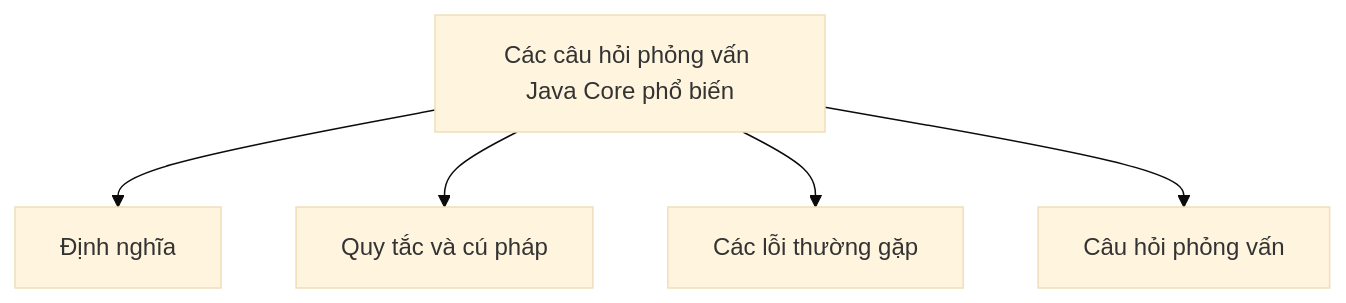
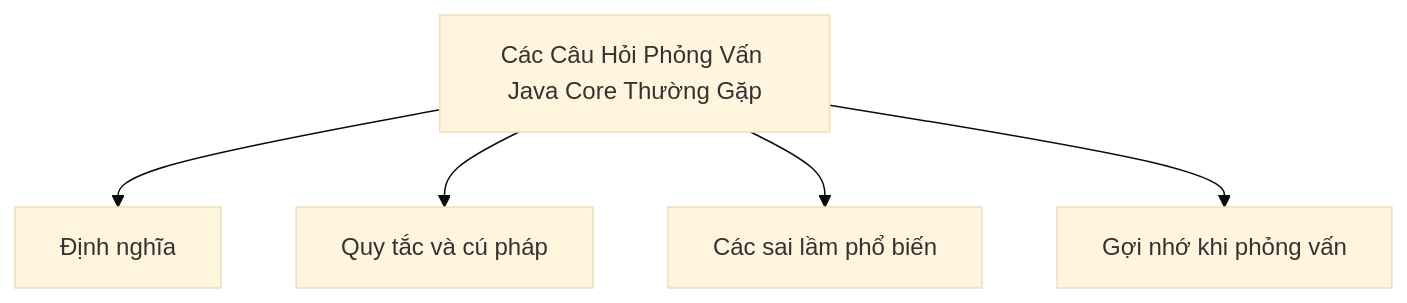
One commit to PhuThien2005/theoretical-of-java-core changed the diagram in vi/45-interview-questions/README.md. Above: the diagram before and after it, drawn with Mermaid (base theme). The commit also changed other lines of this file and 229 other files, not shown here.

````diff
--- a/vi/45-interview-questions/README.md
+++ b/vi/45-interview-questions/README.md
@@ -69,7 +69,7 @@
 ```mermaid
 flowchart TD
-    A[Các câu hỏi phỏng vấn Java Core phổ biến] --> B[Định nghĩa]
+    A[Các Câu Hỏi Phỏng Vấn Java Core Thường Gặp] --> B[Định nghĩa]
     A --> C[Quy tắc và cú pháp]
-    A --> D[Các lỗi thường gặp]
-    A --> E[Câu hỏi phỏng vấn]
+    A --> D[Các sai lầm phổ biến]
+    A --> E[Gợi nhớ khi phỏng vấn]
 ```
````
